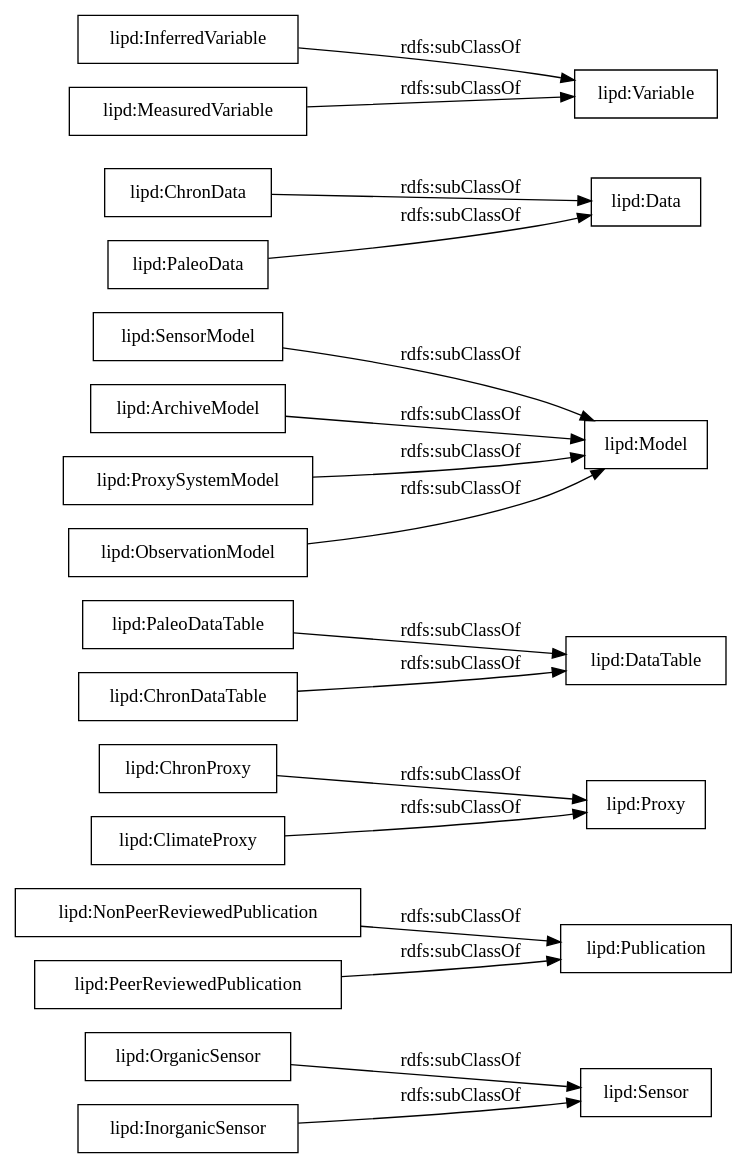
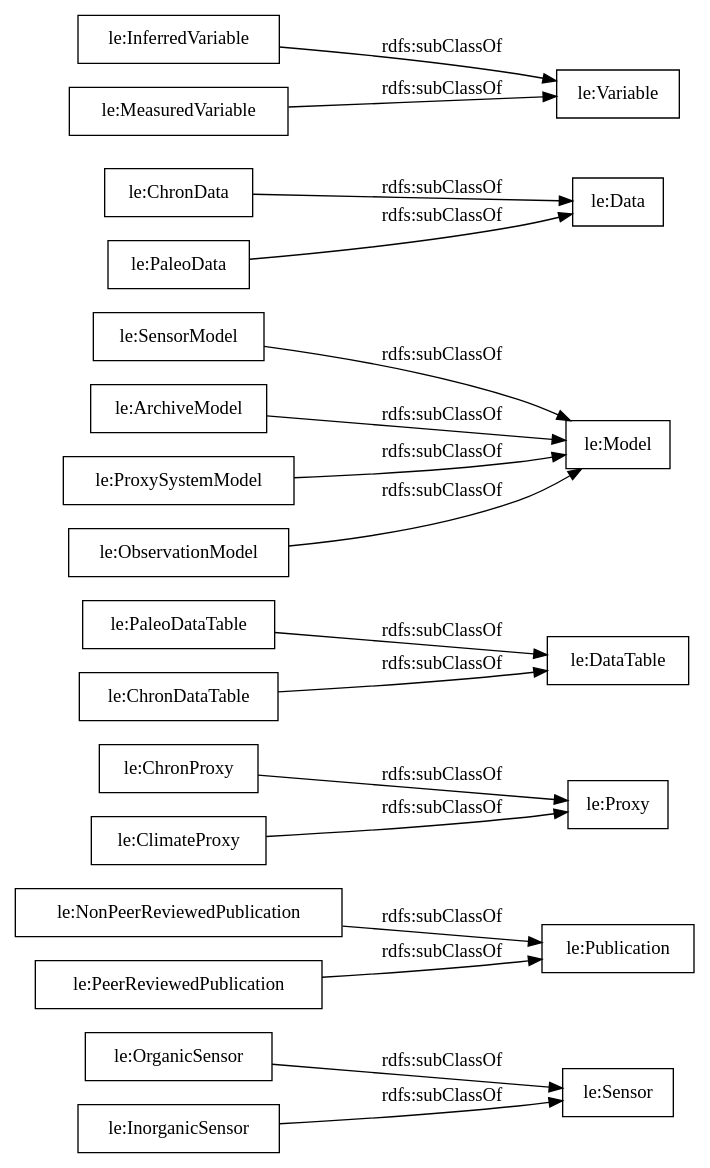
The diagram in OnToology/ontology.owl/diagrams/ar2dtool-taxonomy/ontology.owl.png.dot (dgarijo/Ontology), drawn with Graphviz before and after one commit. The commit also changed 25 other files, not shown here.

```diff
--- a/OnToology/ontology.owl/diagrams/ar2dtool-taxonomy/ontology.owl.png.dot
+++ b/OnToology/ontology.owl/diagrams/ar2dtool-taxonomy/ontology.owl.png.dot
@@ -1,22 +1,22 @@
 digraph ar2dtool_diagram { 
 rankdir=LR;
 size="1000"
-node [shape = rectangle, color="black"]; "lipd:Sensor" "lipd:Publication" "lipd:ChronProxy" "lipd:DataTable" "lipd:Model" "lipd:Data" "lipd:PaleoDataTable" "lipd:OrganicSensor" "lipd:SensorModel" "lipd:InferredVariable" "lipd:ChronData" "lipd:NonPeerReviewedPublication" "lipd:ArchiveModel" "lipd:MeasuredVariable" "lipd:Proxy" "lipd:ClimateProxy" "lipd:ProxySystemModel" "lipd:ObservationModel" "lipd:InorganicSensor" "lipd:ChronDataTable" "lipd:PaleoData" "lipd:Variable" "lipd:PeerReviewedPublication" ; /*classes style*/
-	"lipd:PeerReviewedPublication" -> "lipd:Publication" [ label = "rdfs:subClassOf" ];
-	"lipd:MeasuredVariable" -> "lipd:Variable" [ label = "rdfs:subClassOf" ];
-	"lipd:ClimateProxy" -> "lipd:Proxy" [ label = "rdfs:subClassOf" ];
-	"lipd:InferredVariable" -> "lipd:Variable" [ label = "rdfs:subClassOf" ];
-	"lipd:PaleoData" -> "lipd:Data" [ label = "rdfs:subClassOf" ];
-	"lipd:ArchiveModel" -> "lipd:Model" [ label = "rdfs:subClassOf" ];
-	"lipd:SensorModel" -> "lipd:Model" [ label = "rdfs:subClassOf" ];
-	"lipd:ChronProxy" -> "lipd:Proxy" [ label = "rdfs:subClassOf" ];
-	"lipd:ChronDataTable" -> "lipd:DataTable" [ label = "rdfs:subClassOf" ];
-	"lipd:PaleoDataTable" -> "lipd:DataTable" [ label = "rdfs:subClassOf" ];
-	"lipd:InorganicSensor" -> "lipd:Sensor" [ label = "rdfs:subClassOf" ];
-	"lipd:NonPeerReviewedPublication" -> "lipd:Publication" [ label = "rdfs:subClassOf" ];
-	"lipd:ProxySystemModel" -> "lipd:Model" [ label = "rdfs:subClassOf" ];
-	"lipd:ObservationModel" -> "lipd:Model" [ label = "rdfs:subClassOf" ];
-	"lipd:OrganicSensor" -> "lipd:Sensor" [ label = "rdfs:subClassOf" ];
-	"lipd:ChronData" -> "lipd:Data" [ label = "rdfs:subClassOf" ];
+node [shape = rectangle, color="black"]; "le:Sensor" "le:Publication" "le:ChronProxy" "le:DataTable" "le:Model" "le:Data" "le:PaleoDataTable" "le:OrganicSensor" "le:SensorModel" "le:InferredVariable" "le:ChronData" "le:NonPeerReviewedPublication" "le:ArchiveModel" "le:MeasuredVariable" "le:Proxy" "le:ClimateProxy" "le:ProxySystemModel" "le:ObservationModel" "le:InorganicSensor" "le:ChronDataTable" "le:PaleoData" "le:Variable" "le:PeerReviewedPublication" ; /*classes style*/
+	"le:PeerReviewedPublication" -> "le:Publication" [ label = "rdfs:subClassOf" ];
+	"le:MeasuredVariable" -> "le:Variable" [ label = "rdfs:subClassOf" ];
+	"le:ClimateProxy" -> "le:Proxy" [ label = "rdfs:subClassOf" ];
+	"le:InferredVariable" -> "le:Variable" [ label = "rdfs:subClassOf" ];
+	"le:PaleoData" -> "le:Data" [ label = "rdfs:subClassOf" ];
+	"le:ArchiveModel" -> "le:Model" [ label = "rdfs:subClassOf" ];
+	"le:SensorModel" -> "le:Model" [ label = "rdfs:subClassOf" ];
+	"le:ChronProxy" -> "le:Proxy" [ label = "rdfs:subClassOf" ];
+	"le:ChronDataTable" -> "le:DataTable" [ label = "rdfs:subClassOf" ];
+	"le:PaleoDataTable" -> "le:DataTable" [ label = "rdfs:subClassOf" ];
+	"le:InorganicSensor" -> "le:Sensor" [ label = "rdfs:subClassOf" ];
+	"le:NonPeerReviewedPublication" -> "le:Publication" [ label = "rdfs:subClassOf" ];
+	"le:ProxySystemModel" -> "le:Model" [ label = "rdfs:subClassOf" ];
+	"le:ObservationModel" -> "le:Model" [ label = "rdfs:subClassOf" ];
+	"le:OrganicSensor" -> "le:Sensor" [ label = "rdfs:subClassOf" ];
+	"le:ChronData" -> "le:Data" [ label = "rdfs:subClassOf" ];
 
 }
```
